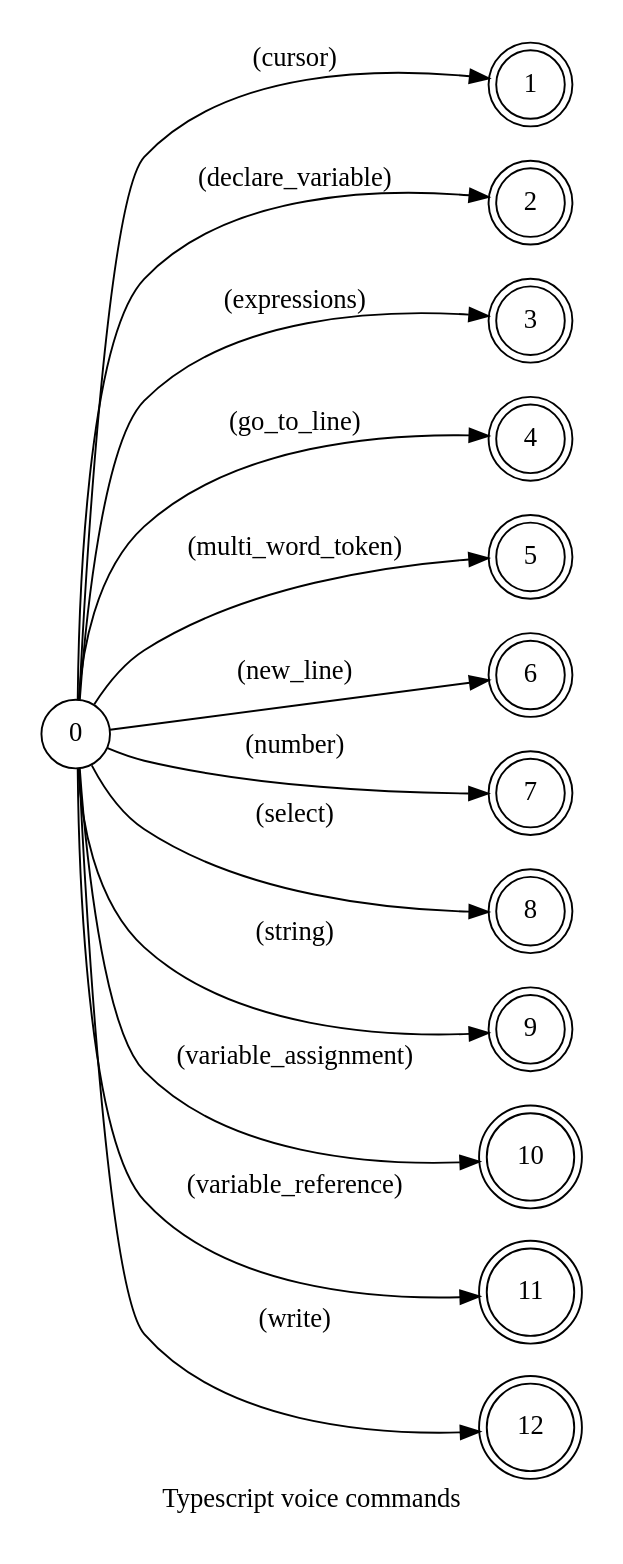
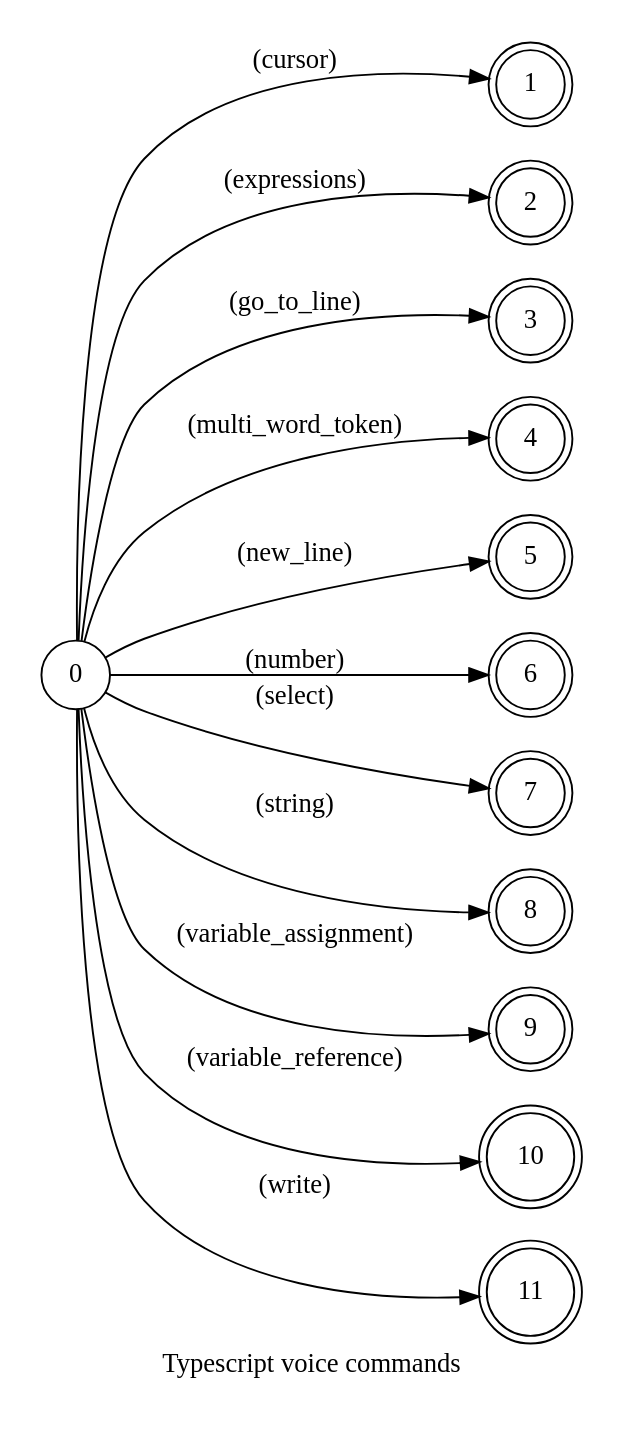
The diagram in spoken/src/modules/typescript/typescript.dot (pedrooaugusto/speech-to-code), drawn with Graphviz before and after one commit. The commit also changed 17 other files, not shown here.

```diff
--- a/spoken/src/modules/typescript/typescript.dot
+++ b/spoken/src/modules/typescript/typescript.dot
@@ -1,28 +1,27 @@
 digraph TypeScript {
     id="typescript";
     label="Typescript voice commands";
     lang="en-US";
     langName="English";
     pad="0.2";
     rankdir=LR;
     node[shape=circle]; 0;
     node[shape=doublecircle];
 
     // START GENERATED
     0 -> 1 [label="(cursor)"];
-    0 -> 2 [label="(declare_variable)"];
-    0 -> 3 [label="(expressions)"];
-    0 -> 4 [label="(go_to_line)"];
-    0 -> 5 [label="(multi_word_token)"];
-    0 -> 6 [label="(new_line)"];
-    0 -> 7 [label="(number)"];
-    0 -> 8 [label="(select)"];
-    0 -> 9 [label="(string)"];
-    0 -> 10 [label="(variable_assignment)"];
-    0 -> 11 [label="(variable_reference)"];
-    0 -> 12 [label="(write)"];
+    0 -> 2 [label="(expressions)"];
+    0 -> 3 [label="(go_to_line)"];
+    0 -> 4 [label="(multi_word_token)"];
+    0 -> 5 [label="(new_line)"];
+    0 -> 6 [label="(number)"];
+    0 -> 7 [label="(select)"];
+    0 -> 8 [label="(string)"];
+    0 -> 9 [label="(variable_assignment)"];
+    0 -> 10 [label="(variable_reference)"];
+    0 -> 11 [label="(write)"];
     // END GENERATED
 
     title="Typescript voice commands";
     desc="Collection of voice commands of the typescript language";
 }
```
